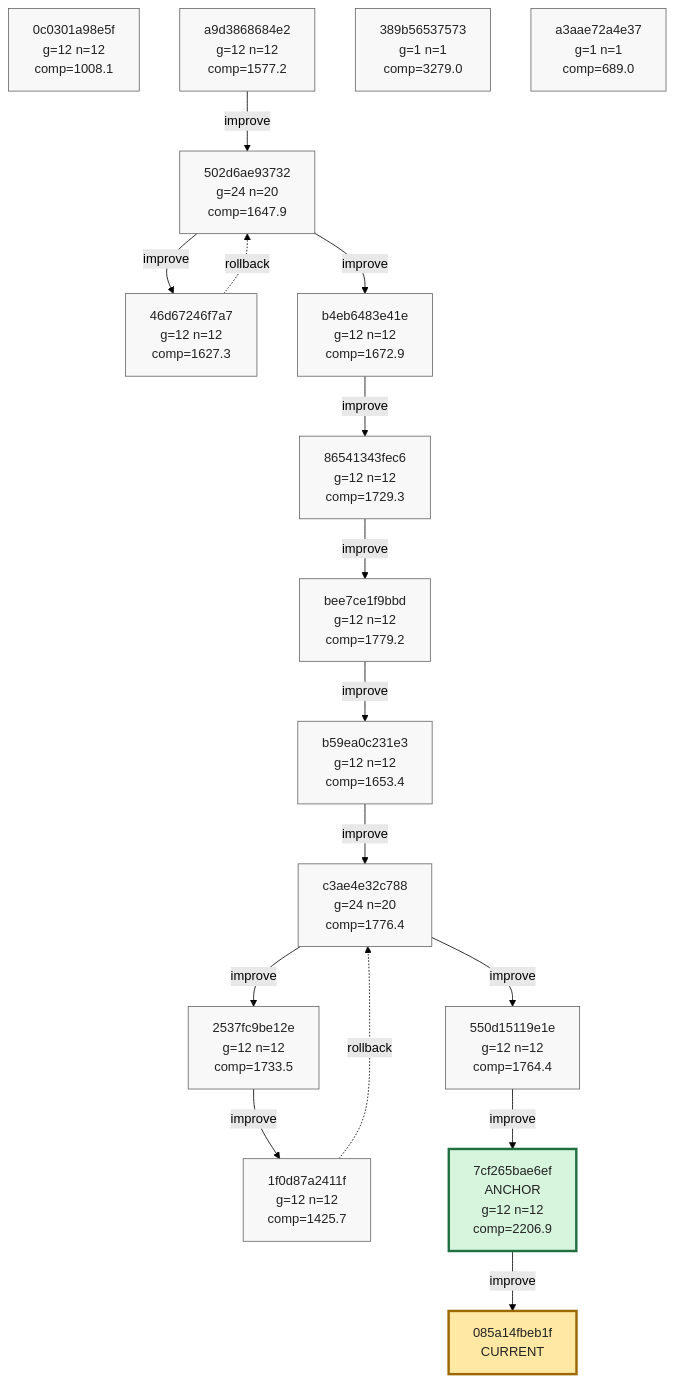
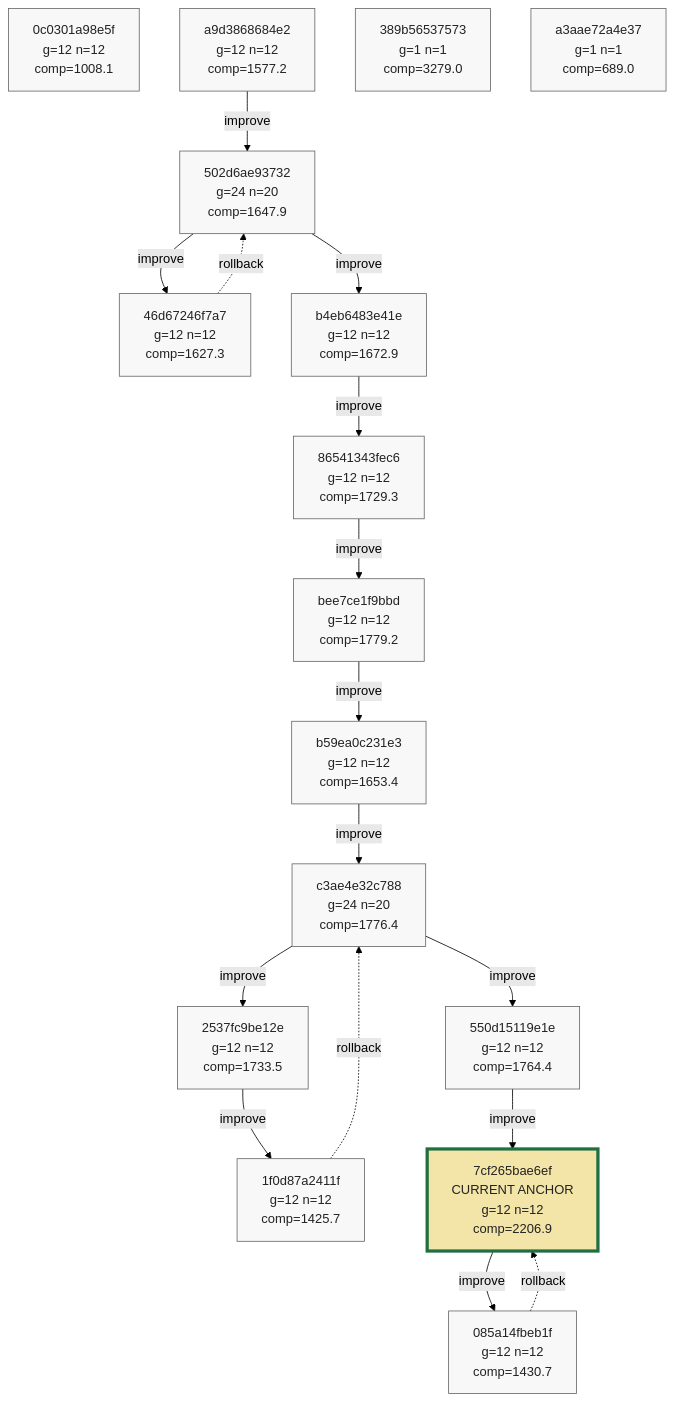
One commit to azumag/soviet_now changed the tenth of 10 diagrams in phyrogenetic-tree.md. Above: the diagram before and after it, drawn with Mermaid (forest theme). The commit also changed other lines of this file and 2 other files, not shown here.

````diff
--- a/phyrogenetic-tree.md
+++ b/phyrogenetic-tree.md
@@ -2541,56 +2542,57 @@
 ```mermaid
 flowchart TD
     h_0c0301a98e5f["0c0301a98e5f<br/>g=12 n=12<br/>comp=1008.1"]
     h_a9d3868684e2["a9d3868684e2<br/>g=12 n=12<br/>comp=1577.2"]
     h_502d6ae93732["502d6ae93732<br/>g=24 n=20<br/>comp=1647.9"]
     h_46d67246f7a7["46d67246f7a7<br/>g=12 n=12<br/>comp=1627.3"]
     h_b4eb6483e41e["b4eb6483e41e<br/>g=12 n=12<br/>comp=1672.9"]
     h_86541343fec6["86541343fec6<br/>g=12 n=12<br/>comp=1729.3"]
     h_bee7ce1f9bbd["bee7ce1f9bbd<br/>g=12 n=12<br/>comp=1779.2"]
     h_b59ea0c231e3["b59ea0c231e3<br/>g=12 n=12<br/>comp=1653.4"]
     h_c3ae4e32c788["c3ae4e32c788<br/>g=24 n=20<br/>comp=1776.4"]
     h_2537fc9be12e["2537fc9be12e<br/>g=12 n=12<br/>comp=1733.5"]
     h_1f0d87a2411f["1f0d87a2411f<br/>g=12 n=12<br/>comp=1425.7"]
     h_550d15119e1e["550d15119e1e<br/>g=12 n=12<br/>comp=1764.4"]
-    h_7cf265bae6ef["7cf265bae6ef<br/>ANCHOR<br/>g=12 n=12<br/>comp=2206.9"]
+    h_7cf265bae6ef["7cf265bae6ef<br/>CURRENT ANCHOR<br/>g=12 n=12<br/>comp=2206.9"]
+    h_085a14fbeb1f["085a14fbeb1f<br/>g=12 n=12<br/>comp=1430.7"]
     h_389b56537573["389b56537573<br/>g=1 n=1<br/>comp=3279.0"]
     h_a3aae72a4e37["a3aae72a4e37<br/>g=1 n=1<br/>comp=689.0"]
-    h_085a14fbeb1f["085a14fbeb1f<br/>CURRENT"]
 
     h_a9d3868684e2 -->|improve| h_502d6ae93732
     h_502d6ae93732 -->|improve| h_46d67246f7a7
     h_46d67246f7a7 -. rollback .-> h_502d6ae93732
     h_502d6ae93732 -->|improve| h_b4eb6483e41e
     h_b4eb6483e41e -->|improve| h_86541343fec6
     h_86541343fec6 -->|improve| h_bee7ce1f9bbd
     h_bee7ce1f9bbd -->|improve| h_b59ea0c231e3
     h_b59ea0c231e3 -->|improve| h_c3ae4e32c788
     h_c3ae4e32c788 -->|improve| h_2537fc9be12e
     h_2537fc9be12e -->|improve| h_1f0d87a2411f
     h_1f0d87a2411f -. rollback .-> h_c3ae4e32c788
     h_c3ae4e32c788 -->|improve| h_550d15119e1e
     h_550d15119e1e -->|improve| h_7cf265bae6ef
     h_7cf265bae6ef -->|improve| h_085a14fbeb1f
+    h_085a14fbeb1f -. rollback .-> h_7cf265bae6ef
 
     classDef plain fill:#f8f8f8,stroke:#666,stroke-width:1px,color:#222;
     classDef current fill:#ffe8a3,stroke:#9a6700,stroke-width:3px,color:#222;
     classDef anchor fill:#d7f5dd,stroke:#1f6f43,stroke-width:3px,color:#222;
     classDef current_anchor fill:#f3e4a8,stroke:#1f6f43,stroke-width:4px,color:#222;
 
     class h_0c0301a98e5f plain;
     class h_a9d3868684e2 plain;
     class h_502d6ae93732 plain;
     class h_46d67246f7a7 plain;
     class h_b4eb6483e41e plain;
     class h_86541343fec6 plain;
     class h_bee7ce1f9bbd plain;
     class h_b59ea0c231e3 plain;
     class h_c3ae4e32c788 plain;
     class h_2537fc9be12e plain;
     class h_1f0d87a2411f plain;
     class h_550d15119e1e plain;
-    class h_7cf265bae6ef anchor;
+    class h_7cf265bae6ef current_anchor;
+    class h_085a14fbeb1f plain;
     class h_389b56537573 plain;
     class h_a3aae72a4e37 plain;
-    class h_085a14fbeb1f current;
 ```
````
